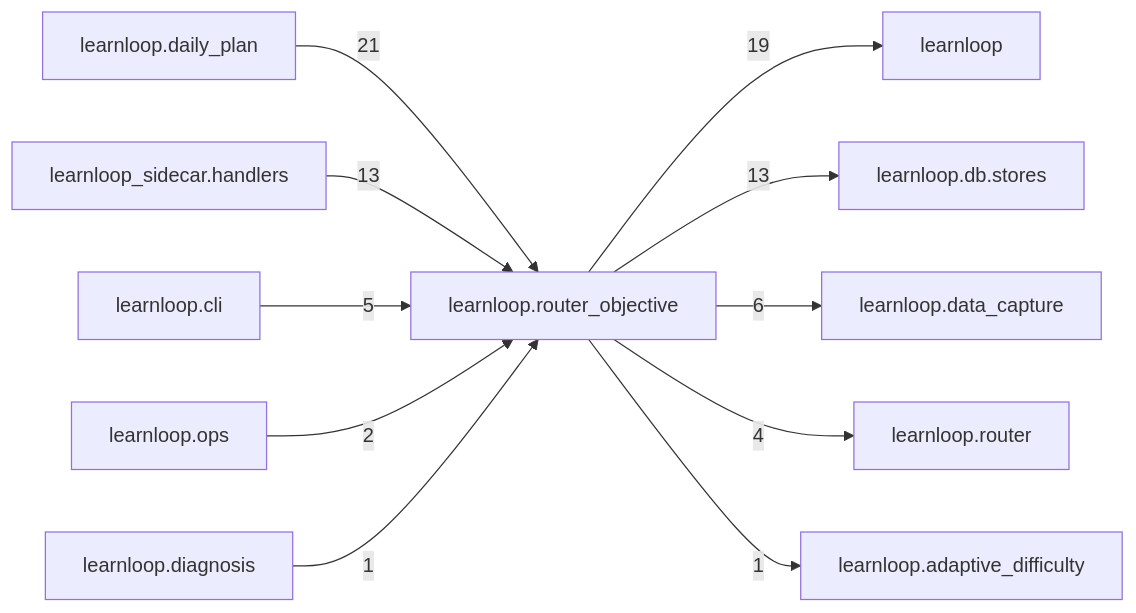
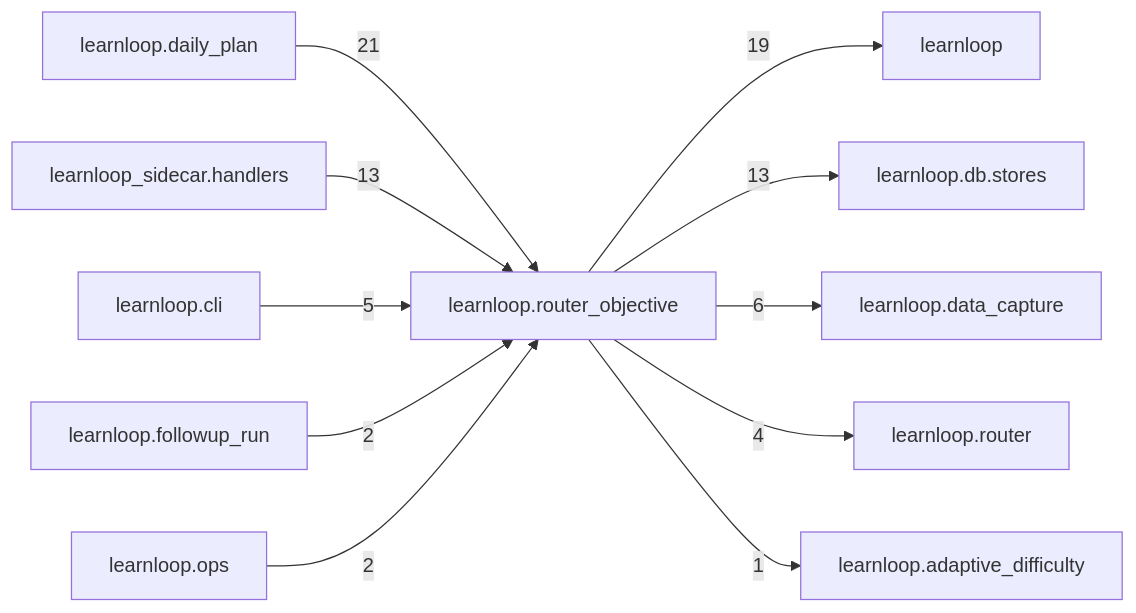
One commit to 6up-b/learnanything changed the diagram in docs/learnloop-architecture-vault/Reference/Modules/learnloop/router_objective/_package.md. Above: the diagram before and after it, drawn with Mermaid. The commit also changed other lines of this file and 503 other files, not shown here.

First line of the commit message:
RO6 landing, step 3: the architecture reference regenerated on the merged tree

````diff
--- a/docs/learnloop-architecture-vault/Reference/Modules/learnloop/router_objective/_package.md
+++ b/docs/learnloop-architecture-vault/Reference/Modules/learnloop/router_objective/_package.md
@@ -135,24 +135,24 @@
 ```mermaid
 flowchart LR
     center["learnloop.router_objective"]
     n_learnloop_daily_plan["learnloop.daily_plan"]
     n_learnloop["learnloop"]
     n_learnloop_db_stores["learnloop.db.stores"]
     n_learnloop_sidecar_handlers["learnloop_sidecar.handlers"]
     n_learnloop_data_capture["learnloop.data_capture"]
     n_learnloop_cli["learnloop.cli"]
     n_learnloop_router["learnloop.router"]
+    n_learnloop_followup_run["learnloop.followup_run"]
     n_learnloop_ops["learnloop.ops"]
     n_learnloop_adaptive_difficulty["learnloop.adaptive_difficulty"]
-    n_learnloop_diagnosis["learnloop.diagnosis"]
     n_learnloop_daily_plan -->|21| center
     center -->|19| n_learnloop
     center -->|13| n_learnloop_db_stores
     n_learnloop_sidecar_handlers -->|13| center
     center -->|6| n_learnloop_data_capture
     n_learnloop_cli -->|5| center
     center -->|4| n_learnloop_router
+    n_learnloop_followup_run -->|2| center
     n_learnloop_ops -->|2| center
     center -->|1| n_learnloop_adaptive_difficulty
-    n_learnloop_diagnosis -->|1| center
 ```
````
